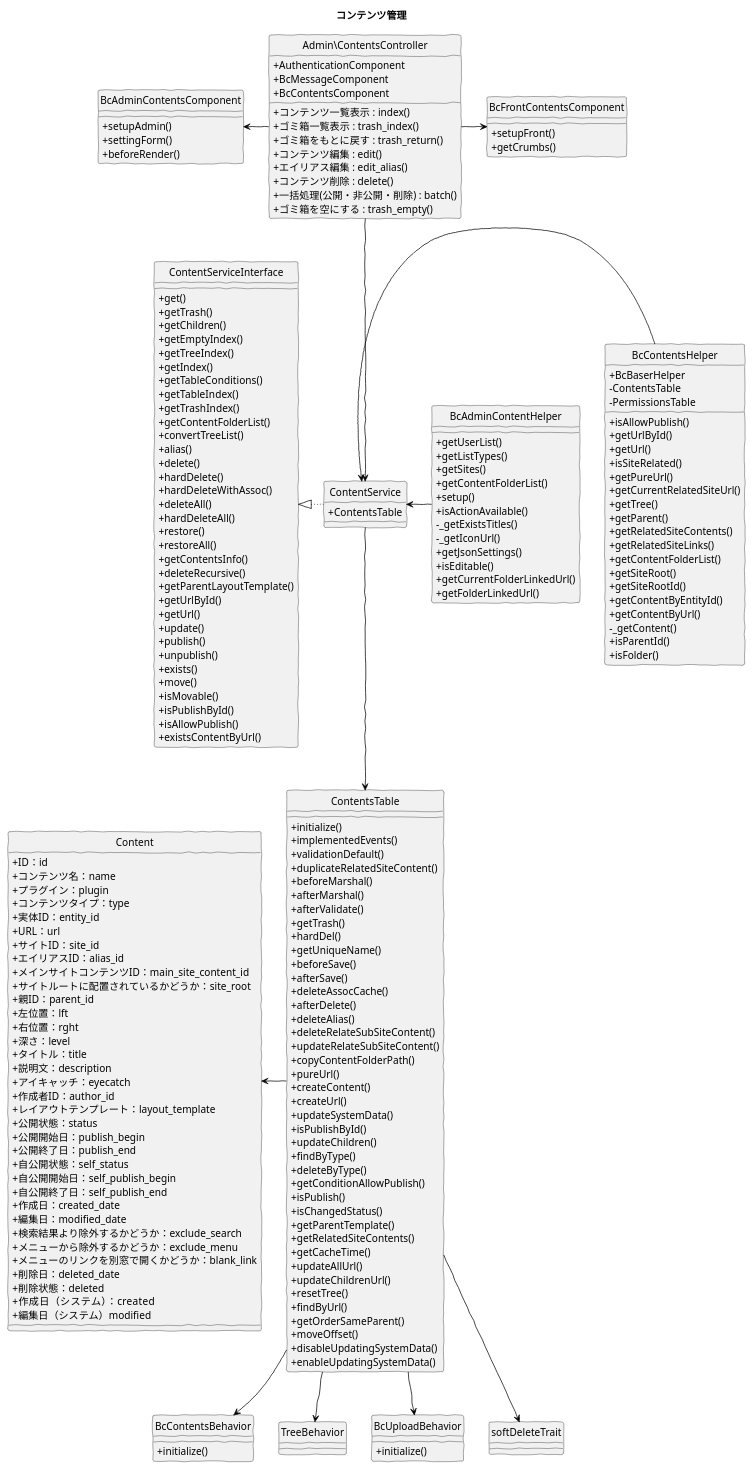
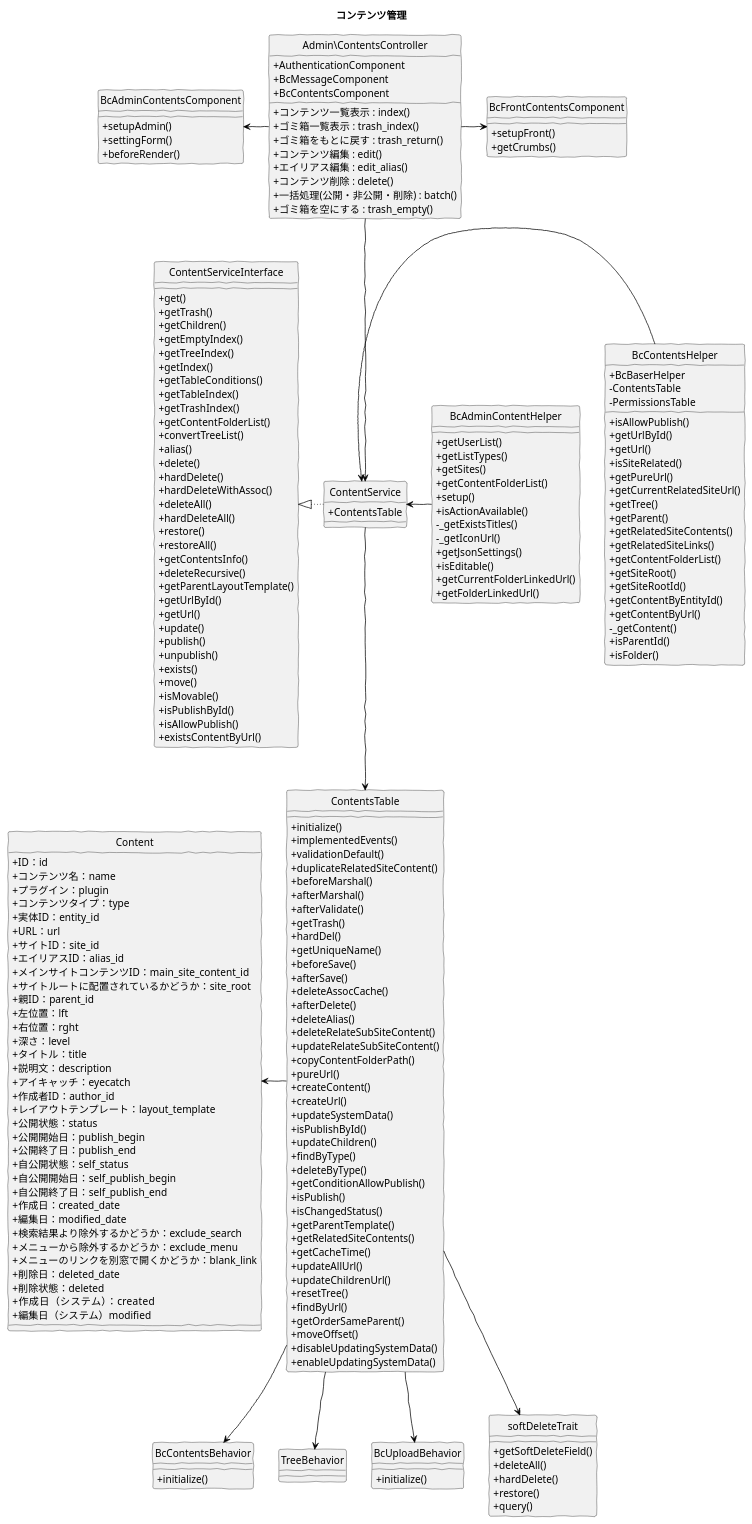
The diagram in src/puml/5/ucmitz/class/manage_contents.puml (baserproject/baserproject.github.io), drawn with PlantUML before and after one commit. The commit also changed 5 other files, not shown here.

```diff
--- a/src/puml/5/ucmitz/class/manage_contents.puml
+++ b/src/puml/5/ucmitz/class/manage_contents.puml
@@ -201,6 +201,11 @@
 }
 
 class softDeleteTrait {
+  + getSoftDeleteField()
+  + deleteAll()
+  + hardDelete()
+  + restore()
+  + query()
 }
 
 Admin\ContentsController -left[#Black]-> BcAdminContentsComponent
```
